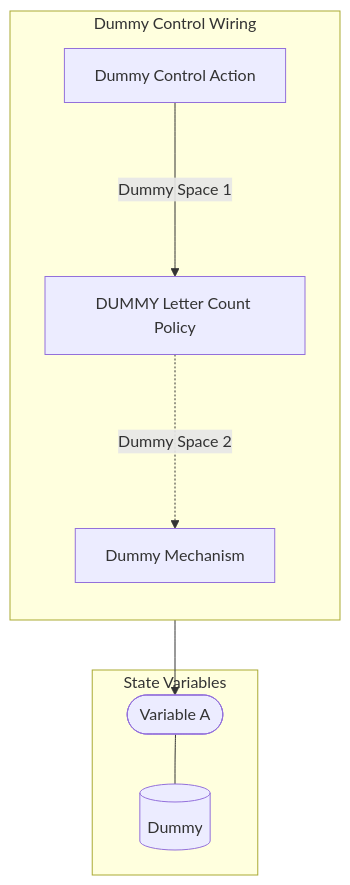
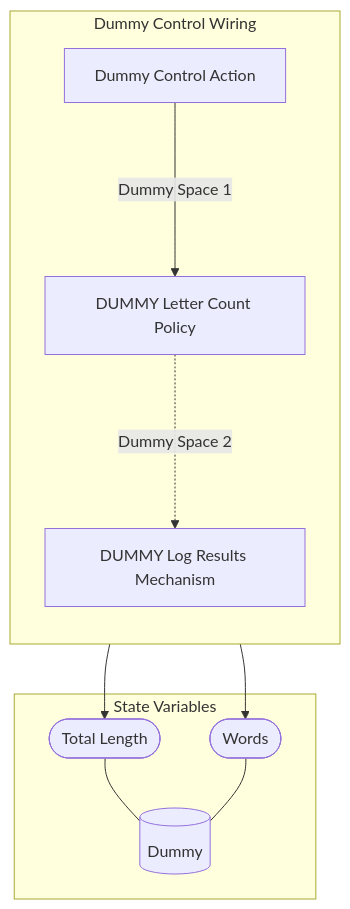
The diagram in examples/StarterRepo/reports/markdown/Wiring/Dummy Control Wiring.md (BlockScience/MSML), drawn with Mermaid before and after one commit. The commit also changed other lines of this file and 21 other files, not shown here.

````diff
--- a/examples/StarterRepo/reports/markdown/Wiring/Dummy Control Wiring.md
+++ b/examples/StarterRepo/reports/markdown/Wiring/Dummy Control Wiring.md
@@ -3,19 +3,22 @@
 ```mermaid
 graph TB
 
 subgraph SVS["State Variables"]
 EE0[("Dummy")]
-EES0(["Variable A"])
+EES0(["Total Length"])
 EES0 --- EE0
+EES1(["Words"])
+EES1 --- EE0
 end
 
 subgraph X4["Dummy Control Wiring"]
 direction TB
 X1["Dummy Control Action"]
 X2["DUMMY Letter Count Policy"]
-X3["Dummy Mechanism"]
+X3["DUMMY Log Results Mechanism"]
+X3 --> EES1
 X3 --> EES0
 X1--"Dummy Space 1"--->X2
 X2-."Dummy Space 2"..->X3
 end
 ```
````
